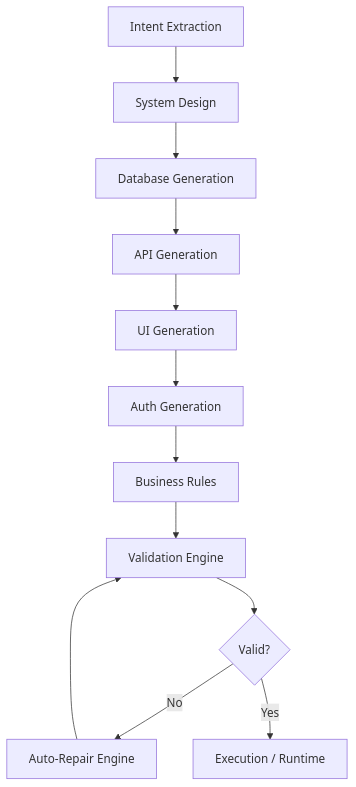
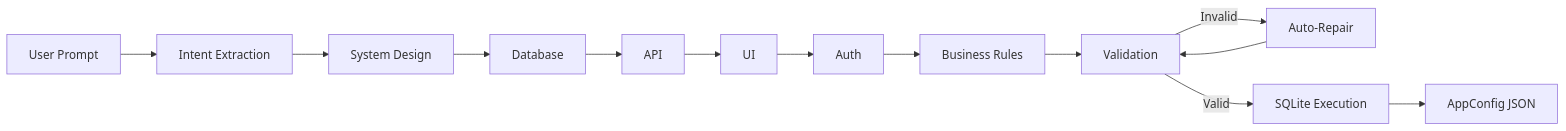
One commit to madhan175/-DEMO-TASK-AI-ENGINEER- changed the diagram in README.md. Above: the diagram before and after it, drawn with Mermaid. The commit also changed other lines of this file and 1 other file, not shown here.

Commit message:
Add interview-ready README with full setup, file structure, and API key guide.

````diff
--- a/README.md
+++ b/README.md
@@ -24,14 +140,15 @@
 ```mermaid
-graph TD
-    A[Intent Extraction] --> B[System Design]
-    B --> C[Database Generation]
-    C --> D[API Generation]
-    D --> E[UI Generation]
-    E --> F[Auth Generation]
-    F --> G[Business Rules]
-    G --> H[Validation Engine]
-    H --> I{Valid?}
-    I -- No --> J[Auto-Repair Engine]
-    J --> H
-    I -- Yes --> K[Execution / Runtime]
+graph LR
+    A[User Prompt] --> B[Intent Extraction]
+    B --> C[System Design]
+    C --> D[Database]
+    D --> E[API]
+    E --> F[UI]
+    F --> G[Auth]
+    G --> H[Business Rules]
+    H --> I[Validation]
+    I -->|Invalid| J[Auto-Repair]
+    J --> I
+    I -->|Valid| K[SQLite Execution]
+    K --> L[AppConfig JSON]
 ```
````
